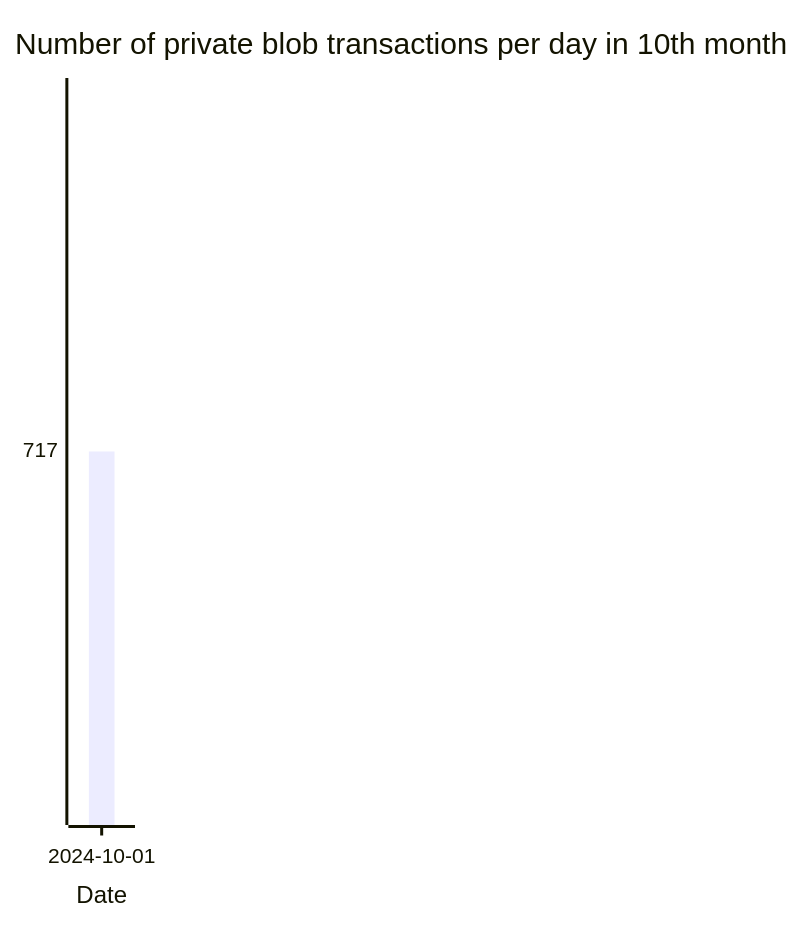
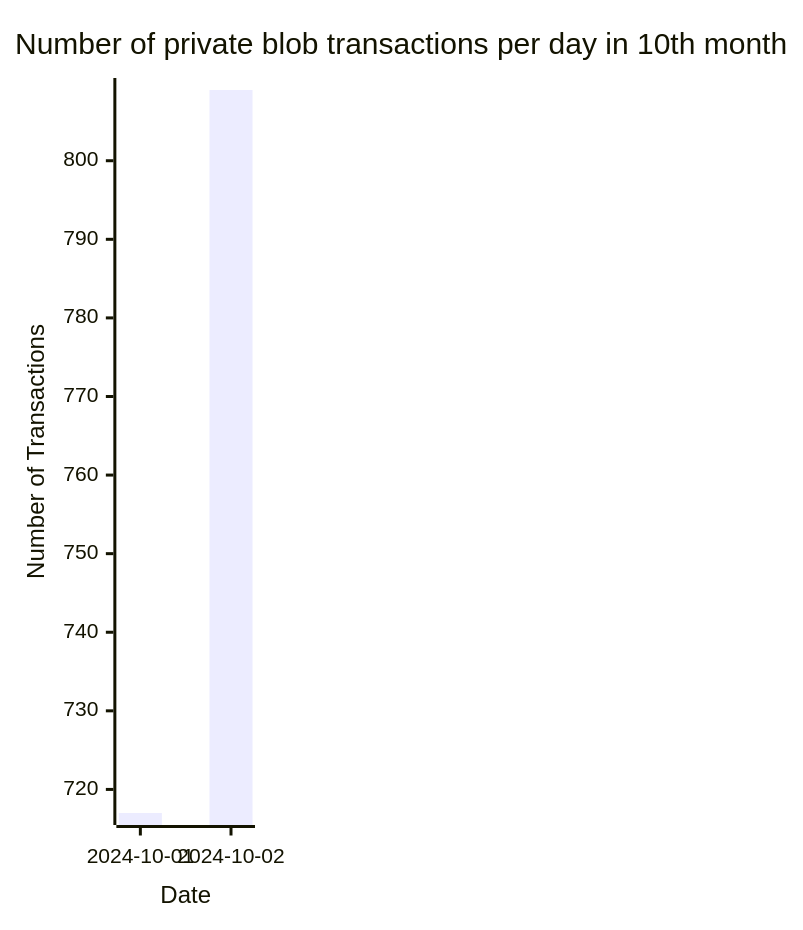
One commit to Amit0617/eip4844-data changed the eighth of 8 diagrams in README.md. Above: the diagram before and after it, drawn with Mermaid. The commit also changed 1 other file, not shown here.

````diff
--- a/README.md
+++ b/README.md
@@ -92,12 +92,12 @@
 ```mermaid
 ---
 config:
     xyChart:
-        width: 80
+        width: 160
         height: 600
 ---
 xychart-beta title "Number of private blob transactions per day in 10th month"
-x-axis "Date" [2024-10-01]
+x-axis "Date" [2024-10-01,2024-10-02]
 y-axis "Number of Transactions"
-bar[717]
+bar[717,809]
 ```
````
